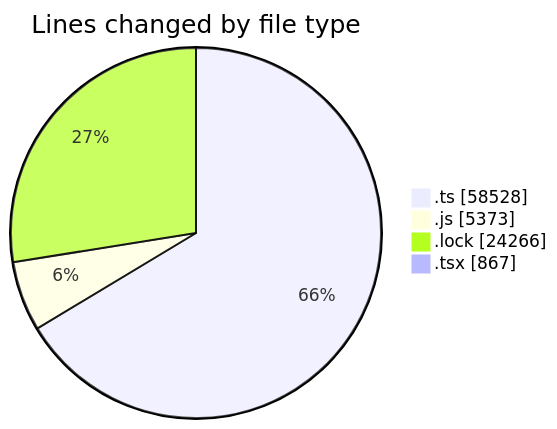
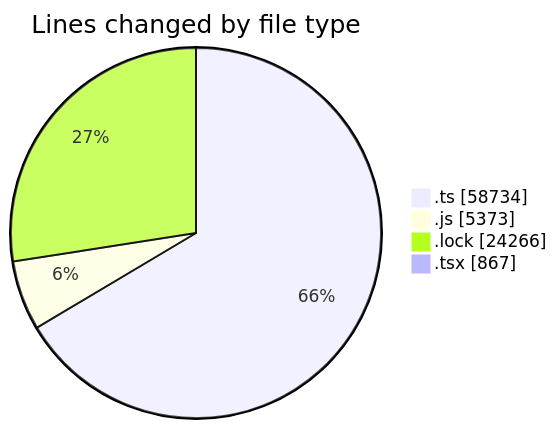
The first of 2 diagrams in 2025-08-14/cda/README.md (momahboobian/code-tracking), drawn with Mermaid before and after one commit. The commit also changed other lines of this file and 1 other file, not shown here.

````diff
--- a/2025-08-14/cda/README.md
+++ b/2025-08-14/cda/README.md
@@ -35,8 +36,8 @@
 ```mermaid
 pie showData
 title Lines changed by file type
-".ts" : 58528
+".ts" : 58734
 ".js" : 5373
 ".lock" : 24266
 ".tsx" : 867
 ```
````
